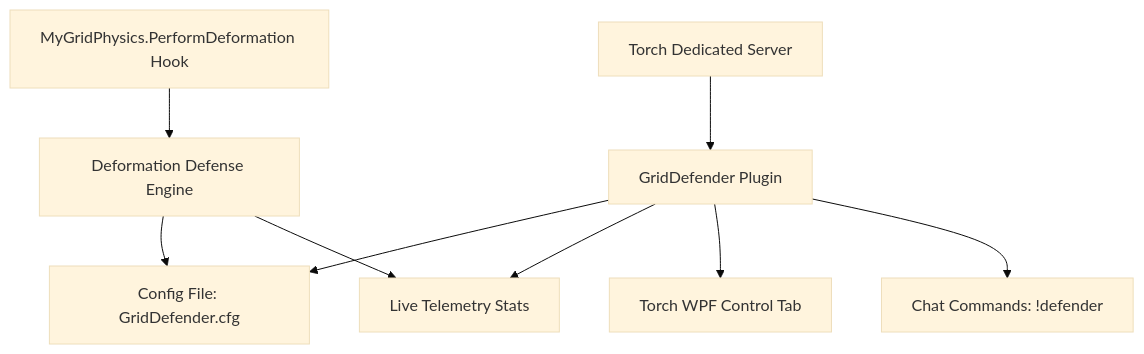
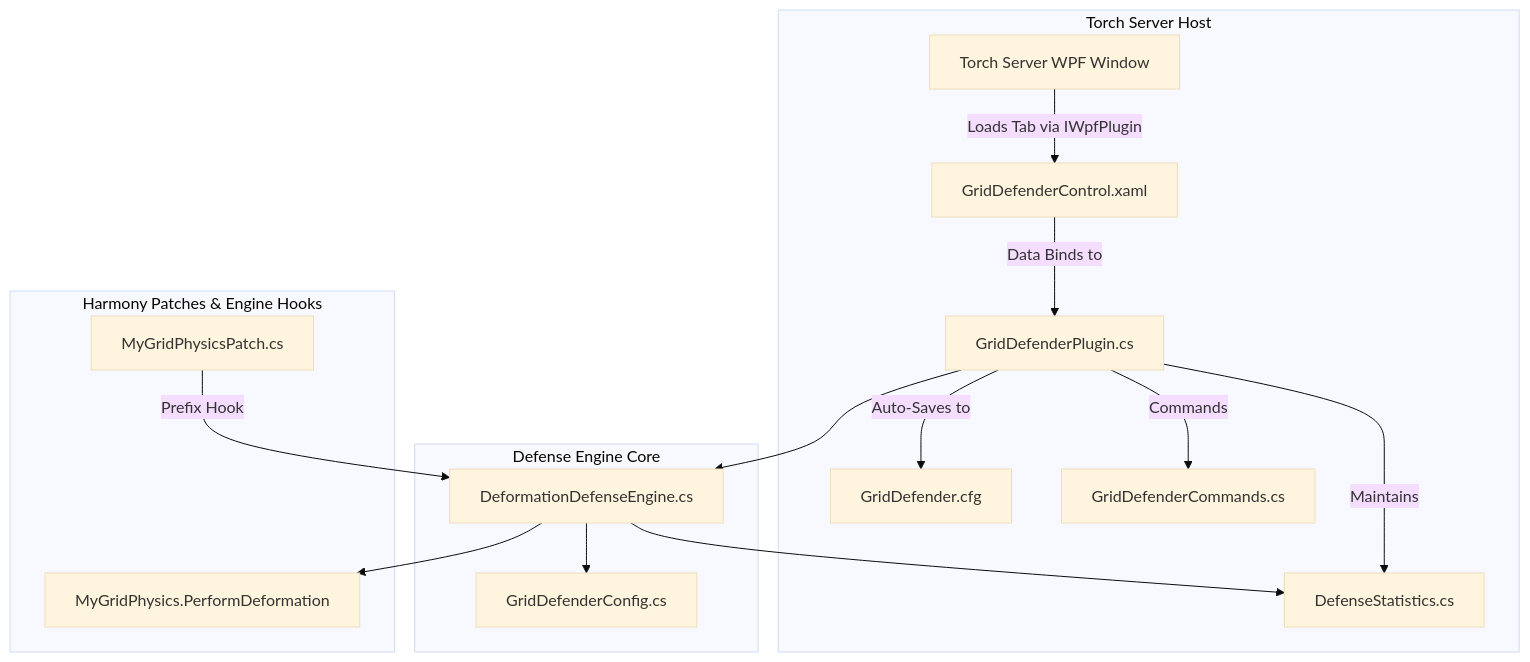
One commit to GV-Server-Mods/GridDefender changed the first of 2 diagrams in README.md. Above: the diagram before and after it, drawn with Mermaid (base theme). The commit also changed other lines of this file and 13 other files, not shown here.

Commit message:
Moved wheel stuff to PhysicsOptmizations plugin

````diff
--- a/README.md
+++ b/README.md
@@ -24,12 +29,21 @@
 ```mermaid
 graph TD
-    Torch[Torch Dedicated Server] --> Plugin[GridDefender Plugin]
-    Plugin --> Config[Config File: GridDefender.cfg]
-    Plugin --> Stats[Live Telemetry Stats]
-    Plugin --> UI[Torch WPF Control Tab]
-    Plugin --> Commands[Chat Commands: !defender]
-    
-    Patch[MyGridPhysics.PerformDeformation Hook] --> Engine[Deformation Defense Engine]
-    Engine --> Config
-    Engine --> Stats
+    subgraph Torch Server Host
+        TorchGUI[Torch Server WPF Window] -->|Loads Tab via IWpfPlugin| UI[GridDefenderControl.xaml]
+        UI -->|Data Binds to| Plugin[GridDefenderPlugin.cs]
+        Plugin -->|Auto-Saves to| CfgFile[GridDefender.cfg]
+        Plugin -->|Maintains| Stats[DefenseStatistics.cs]
+        Plugin -->|Commands| Commands[GridDefenderCommands.cs]
+    end
+
+    subgraph Defense Engine Core
+        Plugin --> Engine[DeformationDefenseEngine.cs]
+        Engine --> Config[GridDefenderConfig.cs]
+        Engine --> Stats
+    end
+
+    subgraph Harmony Patches & Engine Hooks
+        Patch[MyGridPhysicsPatch.cs] -->|Prefix Hook| Engine
+        Engine --> GamePhysics[MyGridPhysics.PerformDeformation]
+    end
 ```
````
